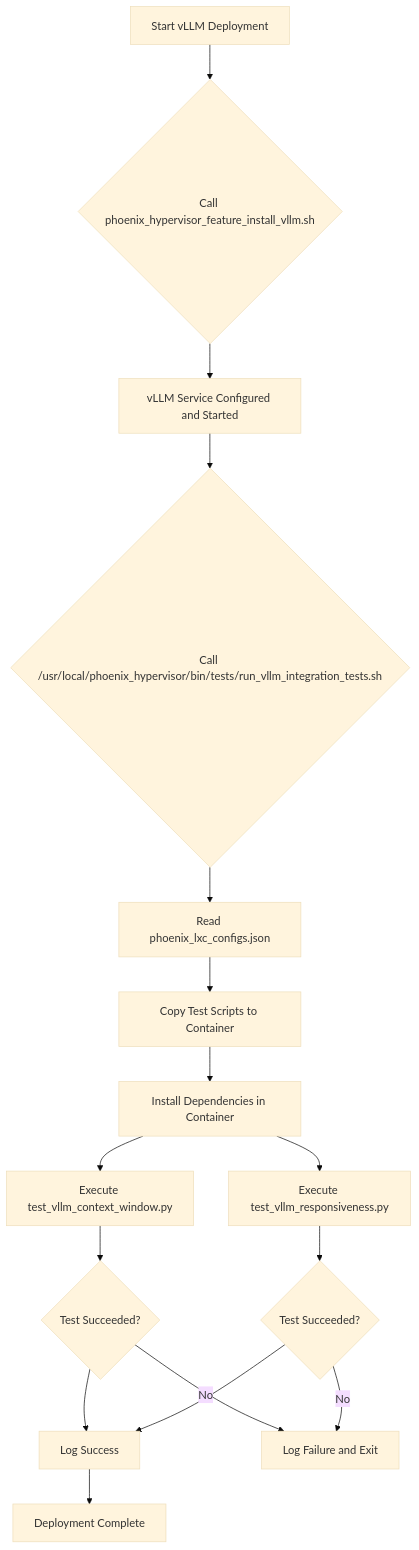
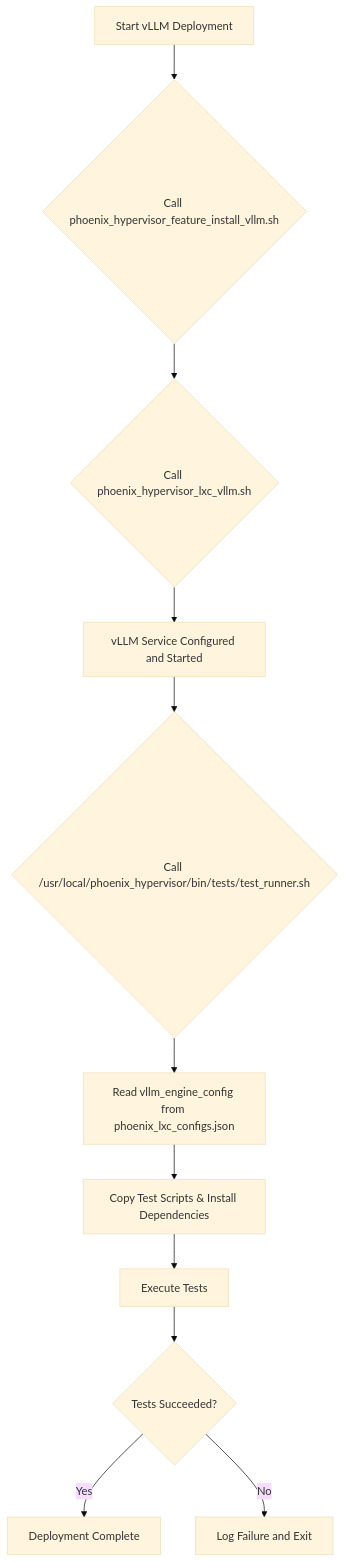
The diagram in Thinkheads.AI_docs/03_phoenix_hypervisor_implementation/00_guides/05_vllm_integration_testing_guide.md (SirHeads/Testing-ideas), drawn with Mermaid (base theme) before and after one commit. The commit also changed other lines of this file and 7 other files, not shown here.

````diff
--- a/Thinkheads.AI_docs/03_phoenix_hypervisor_implementation/00_guides/05_vllm_integration_testing_guide.md
+++ b/Thinkheads.AI_docs/03_phoenix_hypervisor_implementation/00_guides/05_vllm_integration_testing_guide.md
@@ -47,18 +47,13 @@
 ```mermaid
 graph TD
     A[Start vLLM Deployment] --> B{Call phoenix_hypervisor_feature_install_vllm.sh};
-    B --> C[vLLM Service Configured and Started];
-    C --> D{Call /usr/local/phoenix_hypervisor/bin/tests/run_vllm_integration_tests.sh};
-    D --> E[Read phoenix_lxc_configs.json];
-    E --> F[Copy Test Scripts to Container];
-    F --> G[Install Dependencies in Container];
-    G --> H[Execute test_vllm_context_window.py];
-    G --> I[Execute test_vllm_responsiveness.py];
-    H --> J{Test Succeeded?};
-    I --> K{Test Succeeded?};
-    J --> L[Log Success];
-    K --> L;
-    J -- No --> M[Log Failure and Exit];
-    K -- No --> M;
-    L --> N[Deployment Complete];
+    B --> C{Call phoenix_hypervisor_lxc_vllm.sh};
+    C --> D[vLLM Service Configured and Started];
+    D --> E{Call /usr/local/phoenix_hypervisor/bin/tests/test_runner.sh};
+    E --> F[Read vllm_engine_config from phoenix_lxc_configs.json];
+    F --> G[Copy Test Scripts & Install Dependencies];
+    G --> H[Execute Tests];
+    H --> I{Tests Succeeded?};
+    I -- Yes --> J[Deployment Complete];
+    I -- No --> K[Log Failure and Exit];
 ```
````
